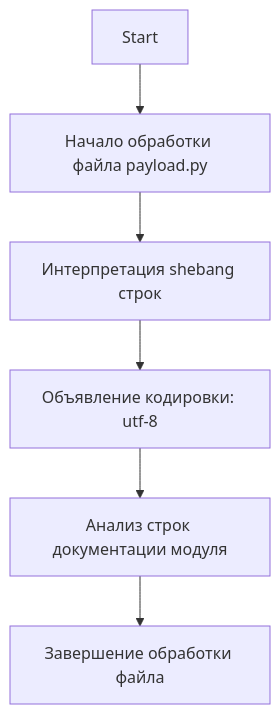
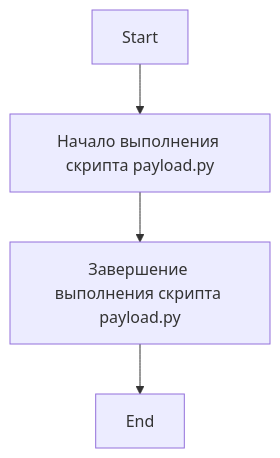
The diagram in docs/gemini/ru/explainer/src/gui/openai_trаigner/payload.py.md (hypo69/hypo), drawn with Mermaid before and after one commit. The commit also changed other lines of this file and 1505 other files, not shown here.

````diff
--- a/docs/gemini/ru/explainer/src/gui/openai_trаigner/payload.py.md
+++ b/docs/gemini/ru/explainer/src/gui/openai_trаigner/payload.py.md
@@ -24,8 +14,6 @@
 ```mermaid
 flowchart TD
-    Start --> FileProcessing[Начало обработки файла payload.py]
-    FileProcessing --> ShebangLines[Интерпретация shebang строк]
-    ShebangLines --> EncodingDeclaration[Объявление кодировки: utf-8]
-    EncodingDeclaration --> Docstrings[Анализ строк документации модуля]
-    Docstrings --> End[Завершение обработки файла]
+    Start --> ScriptStart[Начало выполнения скрипта payload.py]
+    ScriptStart --> ScriptEnd[Завершение выполнения скрипта payload.py]
+    ScriptEnd --> End
 ```
````
